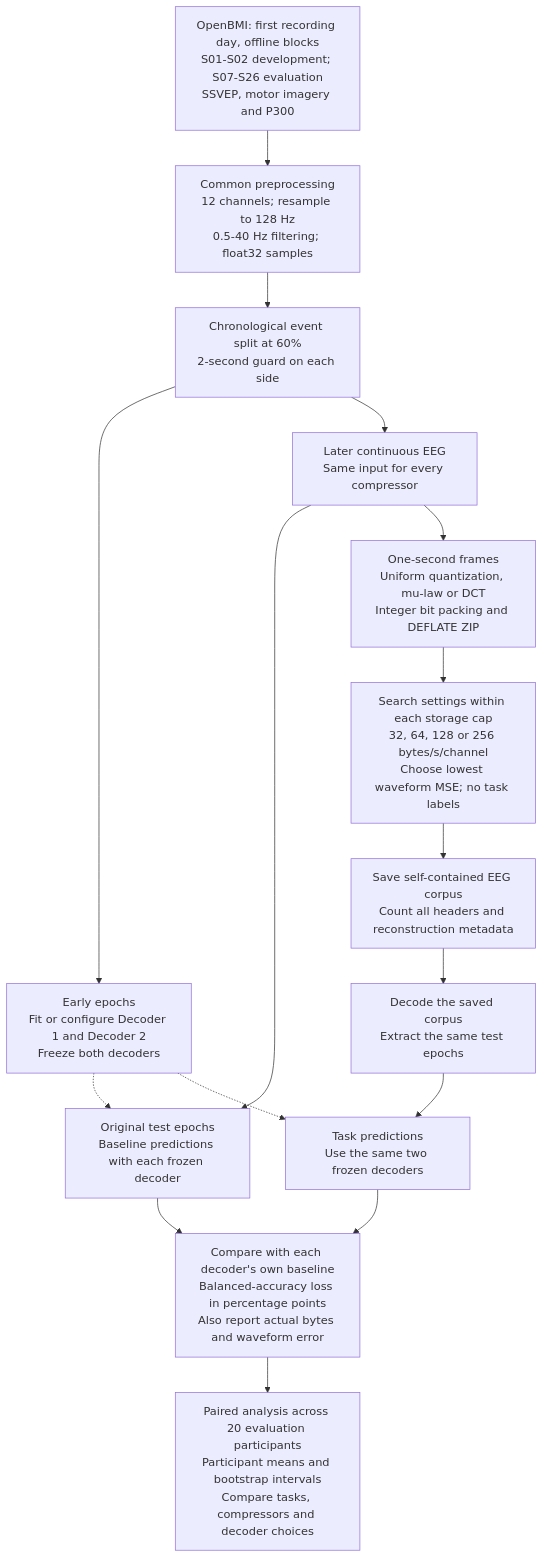
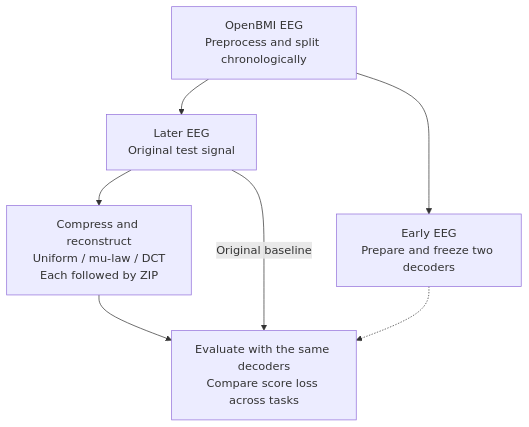
The diagram in README.md (Deb044/DataCompression), drawn with Mermaid before and after one commit.

Commit message:
docs: simplify experimental pipeline diagram

````diff
--- a/README.md
+++ b/README.md
@@ -29,25 +29,13 @@
 ```mermaid
 flowchart TD
-    A["OpenBMI: first recording day, offline blocks<br/>S01-S02 development; S07-S26 evaluation<br/>SSVEP, motor imagery and P300"]
-    B["Common preprocessing<br/>12 channels; resample to 128 Hz<br/>0.5-40 Hz filtering; float32 samples"]
-    C["Chronological event split at 60%<br/>2-second guard on each side"]
-    D["Early epochs<br/>Fit or configure Decoder 1 and Decoder 2<br/>Freeze both decoders"]
-    E["Later continuous EEG<br/>Same input for every compressor"]
-    F["Original test epochs<br/>Baseline predictions with each frozen decoder"]
-    G["One-second frames<br/>Uniform quantization, mu-law or DCT<br/>Integer bit packing and DEFLATE ZIP"]
-    H["Search settings within each storage cap<br/>32, 64, 128 or 256 bytes/s/channel<br/>Choose lowest waveform MSE; no task labels"]
-    I["Save self-contained EEG corpus<br/>Count all headers and reconstruction metadata"]
-    J["Decode the saved corpus<br/>Extract the same test epochs"]
-    K["Task predictions<br/>Use the same two frozen decoders"]
-    L["Compare with each decoder's own baseline<br/>Balanced-accuracy loss in percentage points<br/>Also report actual bytes and waveform error"]
-    M["Paired analysis across 20 evaluation participants<br/>Participant means and bootstrap intervals<br/>Compare tasks, compressors and decoder choices"]
-    A --> B --> C
-    C --> D
-    C --> E
-    E --> F
-    E --> G --> H --> I --> J --> K
-    D -.-> F
-    D -.-> K
-    F --> L
-    K --> L --> M
+    A["OpenBMI EEG<br/>Preprocess and split chronologically"]
+    B["Early EEG<br/>Prepare and freeze two decoders"]
+    C["Later EEG<br/>Original test signal"]
+    D["Compress and reconstruct<br/>Uniform / mu-law / DCT<br/>Each followed by ZIP"]
+    E["Evaluate with the same decoders<br/>Compare score loss across tasks"]
+    A --> B
+    A --> C
+    C --> D --> E
+    C -->|Original baseline| E
+    B -.-> E
 ```
````
